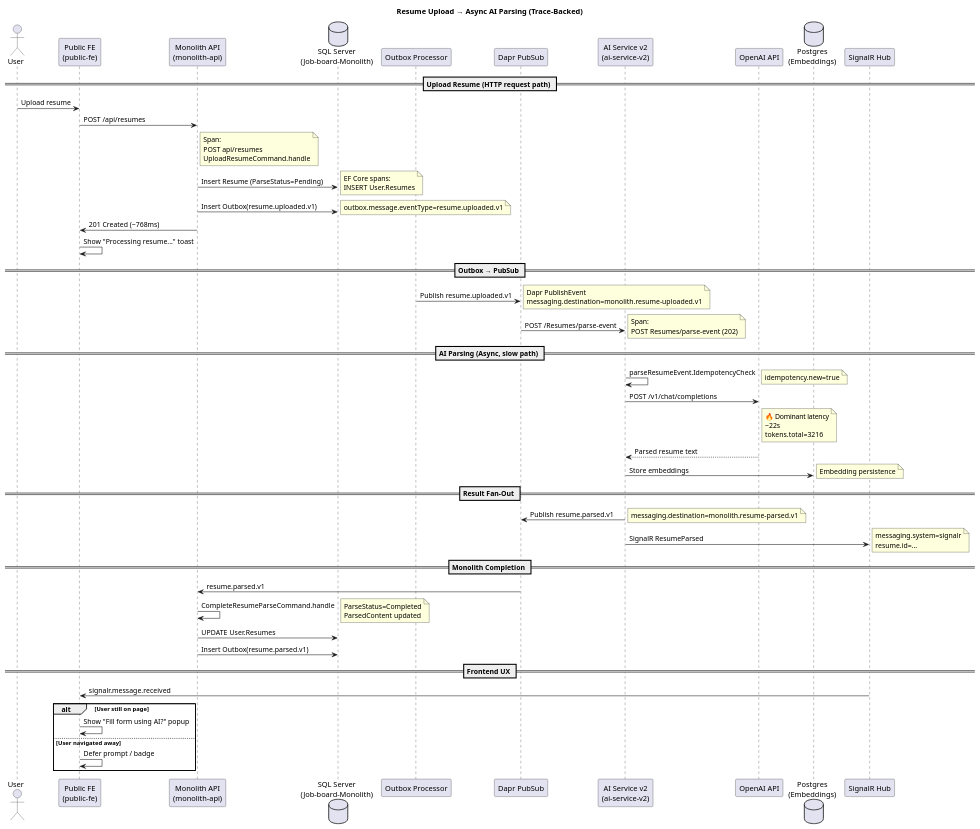
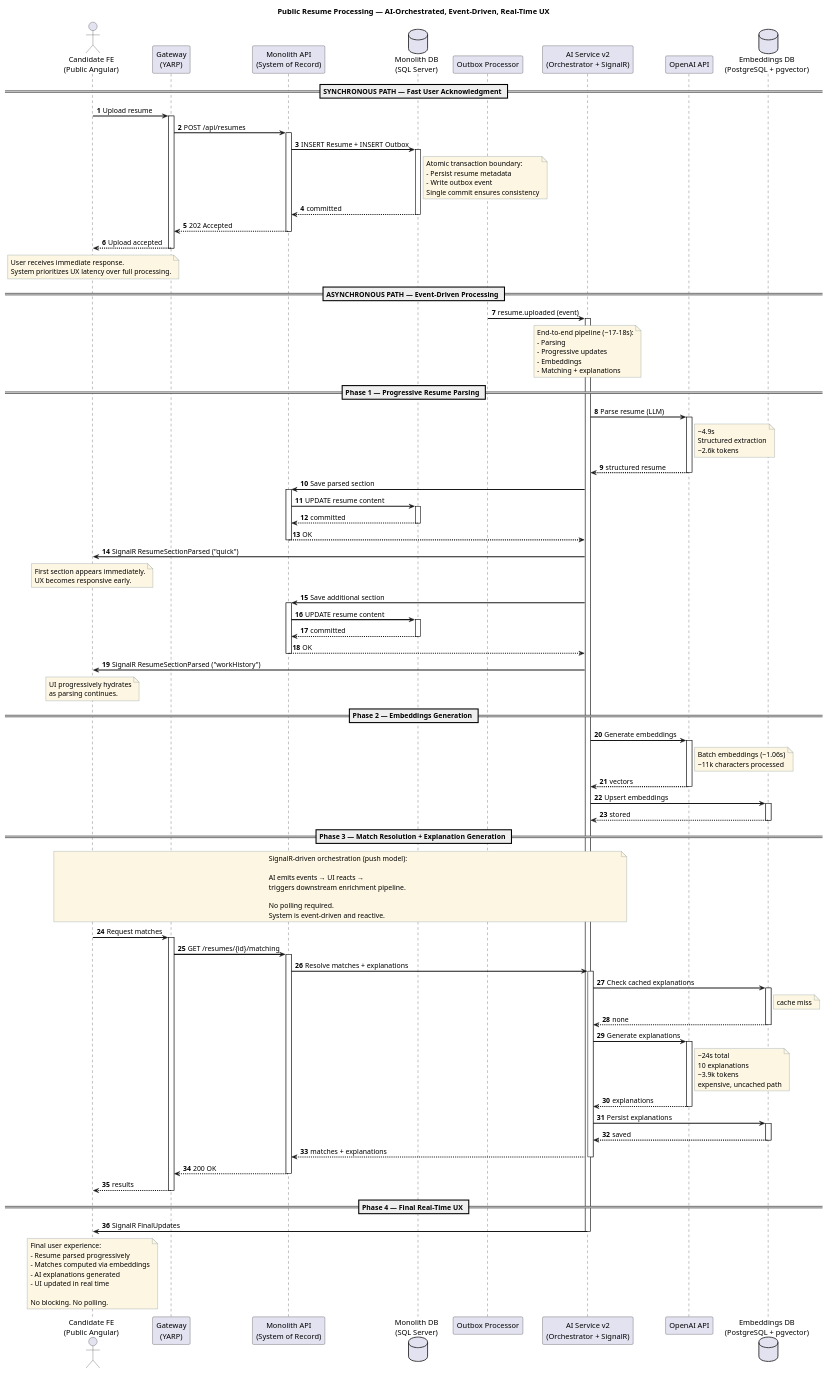
Before and after one commit to eelkhair/portfolio-project: the diagram in docs/resumeparse.puml, drawn with PlantUML. The commit also changed 6 other files, not shown here.

```diff
--- a/docs/resumeparse.puml
+++ b/docs/resumeparse.puml
@@ -1,102 +1,188 @@
 @startuml
-title Resume Upload → Async AI Parsing (Trace-Backed)
+title Public Resume Processing — AI-Orchestrated, Event-Driven, Real-Time UX
+autonumber
 
-actor User
-participant "Public FE\n(public-fe)" as FE
-participant "Monolith API\n(monolith-api)" as MONO
-database "SQL Server\n(Job-board-Monolith)" as SQL
-participant "Outbox Processor" as OUTBOX
-participant "Dapr PubSub" as BUS
-participant "AI Service v2\n(ai-service-v2)" as AI
+skinparam responseMessageBelowArrow true
+skinparam noteBackgroundColor #FDF6E3
+skinparam noteBorderColor #657B83
+skinparam sequenceArrowThickness 2
+skinparam participantPadding 12
+skinparam BoxPadding 10
+
+actor "Candidate FE\n(Public Angular)" as FE
+participant "Gateway\n(YARP)" as GW
+participant "Monolith API\n(System of Record)" as MON
+database "Monolith DB\n(SQL Server)" as MSQL
+participant "Outbox Processor" as OBX
+participant "AI Service v2\n(Orchestrator + SignalR)" as AI
 participant "OpenAI API" as OAI
-database "Postgres\n(Embeddings)" as PG
-participant "SignalR Hub" as SR
+database "Embeddings DB\n(PostgreSQL + pgvector)" as PG
 
-== Upload Resume (HTTP request path) ==
-User -> FE : Upload resume
-FE -> MONO : POST /api/resumes
-note right of MONO
-  Span:
-  POST api/resumes
-  UploadResumeCommand.handle
+== SYNCHRONOUS PATH — Fast User Acknowledgment ==
+
+FE -> GW: Upload resume
+activate GW
+GW -> MON: POST /api/resumes
+activate MON
+
+MON -> MSQL: INSERT Resume + INSERT Outbox
+activate MSQL
+note right of MSQL
+Atomic transaction boundary:
+- Persist resume metadata
+- Write outbox event
+Single commit ensures consistency
+end note
+MSQL --> MON: committed
+deactivate MSQL
+
+MON --> GW: 202 Accepted
+deactivate MON
+GW --> FE: Upload accepted
+deactivate GW
+
+note over FE
+User receives immediate response.
+System prioritizes UX latency over full processing.
 end note
 
-MONO -> SQL : Insert Resume (ParseStatus=Pending)
-note right
-  EF Core spans:
-  INSERT User.Resumes
+== ASYNCHRONOUS PATH — Event-Driven Processing ==
+
+OBX -> AI: resume.uploaded (event)
+activate AI
+
+note over AI
+End-to-end pipeline (~17–18s):
+- Parsing
+- Progressive updates
+- Embeddings
+- Matching + explanations
 end note
 
-MONO -> SQL : Insert Outbox(resume.uploaded.v1)
-note right
-  outbox.message.eventType=resume.uploaded.v1
+== Phase 1 — Progressive Resume Parsing ==
+
+AI -> OAI: Parse resume (LLM)
+activate OAI
+note right of OAI
+~4.9s
+Structured extraction
+~2.6k tokens
+end note
+OAI --> AI: structured resume
+deactivate OAI
+
+AI -> MON: Save parsed section
+activate MON
+MON -> MSQL: UPDATE resume content
+activate MSQL
+MSQL --> MON: committed
+deactivate MSQL
+MON --> AI: OK
+deactivate MON
+
+AI -> FE: SignalR ResumeSectionParsed ("quick")
+
+note over FE
+First section appears immediately.
+UX becomes responsive early.
 end note
 
-MONO -> FE : 201 Created (~768ms)
-FE -> FE : Show "Processing resume..." toast
+AI -> MON: Save additional section
+activate MON
+MON -> MSQL: UPDATE resume content
+activate MSQL
+MSQL --> MON: committed
+deactivate MSQL
+MON --> AI: OK
+deactivate MON
 
-== Outbox → PubSub ==
-OUTBOX -> BUS : Publish resume.uploaded.v1
-note right
-  Dapr PublishEvent
-  messaging.destination=monolith.resume-uploaded.v1
+AI -> FE: SignalR ResumeSectionParsed ("workHistory")
+
+note over FE
+UI progressively hydrates
+as parsing continues.
 end note
 
-BUS -> AI : POST /Resumes/parse-event
-note right
-  Span:
-  POST Resumes/parse-event (202)
+== Phase 2 — Embeddings Generation ==
+
+AI -> OAI: Generate embeddings
+activate OAI
+note right of OAI
+Batch embeddings (~1.06s)
+~11k characters processed
+end note
+OAI --> AI: vectors
+deactivate OAI
+
+AI -> PG: Upsert embeddings
+activate PG
+PG --> AI: stored
+deactivate PG
+
+== Phase 3 — Match Resolution + Explanation Generation ==
+
+note over AI,FE
+SignalR-driven orchestration (push model):
+
+AI emits events → UI reacts →
+triggers downstream enrichment pipeline.
+
+No polling required.
+System is event-driven and reactive.
 end note
 
-== AI Parsing (Async, slow path) ==
-AI -> AI : parseResumeEvent.IdempotencyCheck
-note right
-  idempotency.new=true
+FE -> GW: Request matches
+activate GW
+GW -> MON: GET /resumes/{id}/matching
+activate MON
+
+MON -> AI: Resolve matches + explanations
+activate AI
+
+AI -> PG: Check cached explanations
+activate PG
+note right of PG: cache miss
+PG --> AI: none
+deactivate PG
+
+AI -> OAI: Generate explanations
+activate OAI
+note right of OAI
+~24s total
+10 explanations
+~3.9k tokens
+expensive, uncached path
+end note
+OAI --> AI: explanations
+deactivate OAI
+
+AI -> PG: Persist explanations
+activate PG
+PG --> AI: saved
+deactivate PG
+
+AI --> MON: matches + explanations
+deactivate AI
+
+MON --> GW: 200 OK
+deactivate MON
+GW --> FE: results
+deactivate GW
+
+== Phase 4 — Final Real-Time UX ==
+
+AI -> FE: SignalR FinalUpdates
+
+note over FE
+Final user experience:
+- Resume parsed progressively
+- Matches computed via embeddings
+- AI explanations generated
+- UI updated in real time
+
+No blocking. No polling.
 end note
 
-AI -> OAI : POST /v1/chat/completions
-note right of OAI
-  🔥 Dominant latency
-  ~22s
-  tokens.total=3216
-end note
-
-OAI --> AI : Parsed resume text
-
-AI -> PG : Store embeddings
-note right
-  Embedding persistence
-end note
-
-== Result Fan-Out ==
-AI -> BUS : Publish resume.parsed.v1
-note right
-  messaging.destination=monolith.resume-parsed.v1
-end note
-
-AI -> SR : SignalR ResumeParsed
-note right
-  messaging.system=signalr
-  resume.id=...
-end note
-
-== Monolith Completion ==
-BUS -> MONO : resume.parsed.v1
-MONO -> MONO : CompleteResumeParseCommand.handle
-note right
-  ParseStatus=Completed
-  ParsedContent updated
-end note
-
-MONO -> SQL : UPDATE User.Resumes
-MONO -> SQL : Insert Outbox(resume.parsed.v1)
-
-== Frontend UX ==
-SR -> FE : signalr.message.received
-alt User still on page
-    FE -> FE : Show "Fill form using AI?" popup
-else User navigated away
-    FE -> FE : Defer prompt / badge
-end
+deactivate AI
 
 @enduml
```
